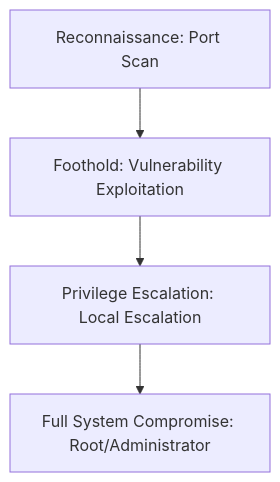
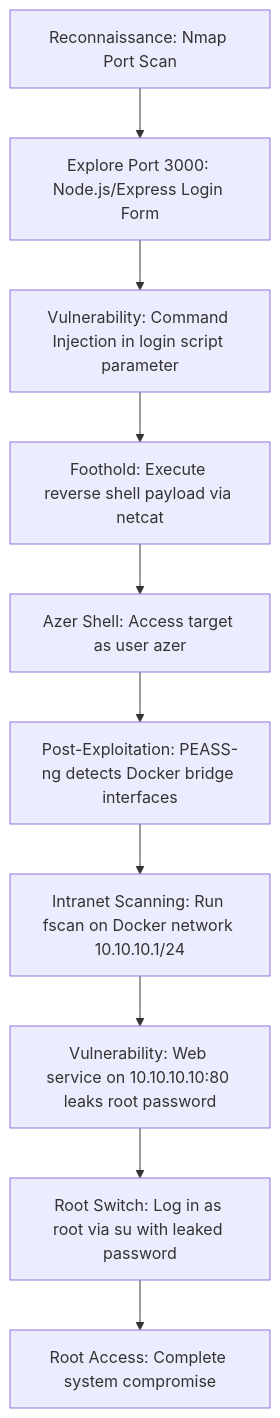
One commit to vulnquest58/vulnquest.github.io changed the diagram in ctf/writeups/hackmyvm/azer.md. Above: the diagram before and after it, drawn with Mermaid. The commit also changed other lines of this file and 2 other files, not shown here.

Commit message:
Docs: Complete HackMyVM writeups for Azer, BaseME, and BlackWidow machines

````diff
--- a/ctf/writeups/hackmyvm/azer.md
+++ b/ctf/writeups/hackmyvm/azer.md
@@ -49,6 +50,12 @@
 ```mermaid
 graph TD
-    A["Reconnaissance: Port Scan"] --> B["Foothold: Vulnerability Exploitation"]
-    B --> C["Privilege Escalation: Local Escalation"]
-    C --> D["Full System Compromise: Root/Administrator"]
+    A["Reconnaissance: Nmap Port Scan"] --> B["Explore Port 3000: Node.js/Express Login Form"]
+    B --> C["Vulnerability: Command Injection in login script parameter"]
+    C --> D["Foothold: Execute reverse shell payload via netcat"]
+    D --> E["Azer Shell: Access target as user azer"]
+    E --> F["Post-Exploitation: PEASS-ng detects Docker bridge interfaces"]
+    F --> G["Intranet Scanning: Run fscan on Docker network 10.10.10.1/24"]
+    G --> H["Vulnerability: Web service on 10.10.10.10:80 leaks root password"]
+    H --> I["Root Switch: Log in as root via su with leaked password"]
+    I --> J["Root Access: Complete system compromise"]
 ```
````
